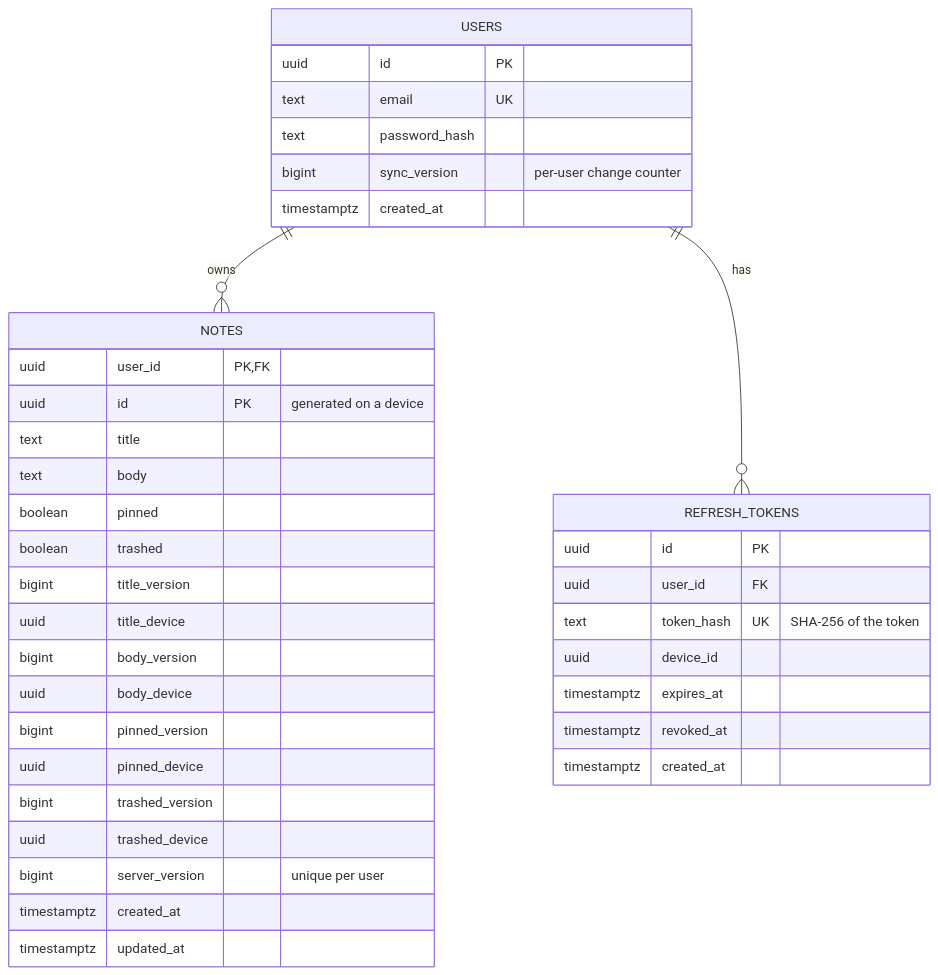
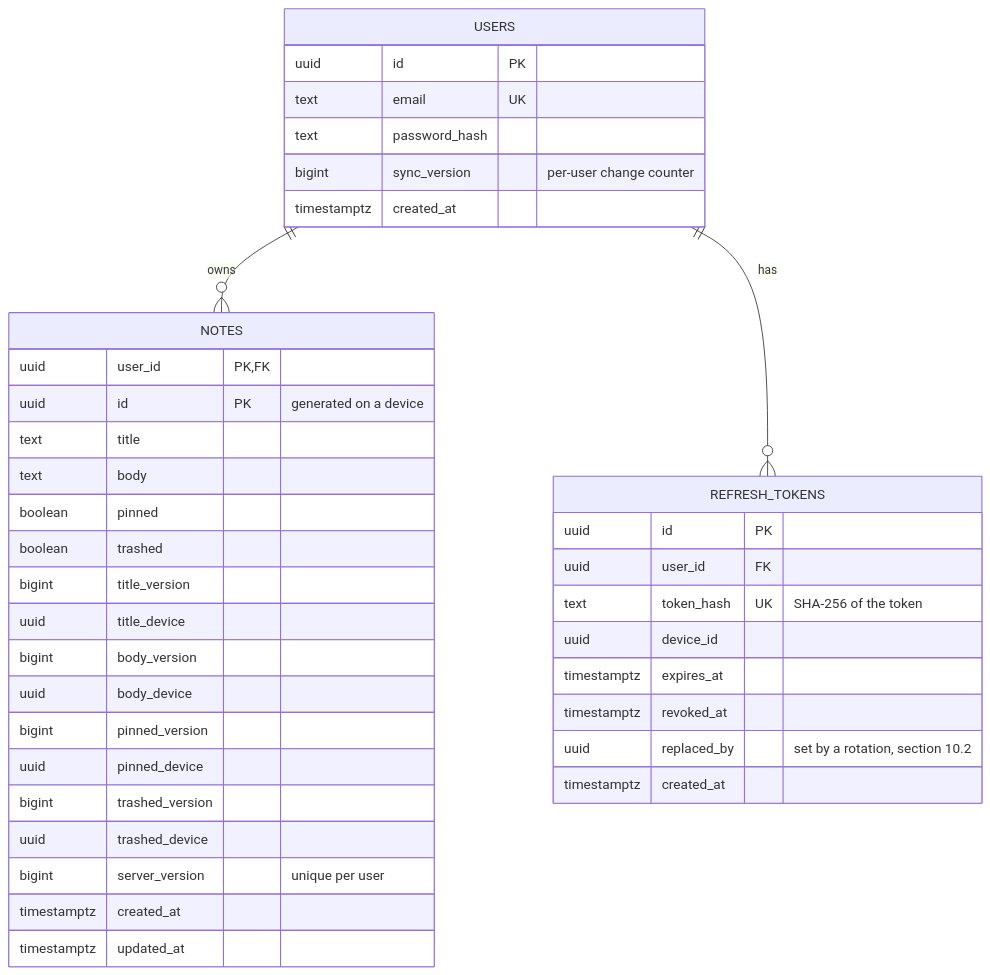
One commit to aceeejlrz/syncNotes changed the fourth of 10 diagrams in ARCHITECTURE.md. Above: the diagram before and after it, drawn with Mermaid. The commit also changed other lines of this file and 2 other files, not shown here.

````diff
--- a/ARCHITECTURE.md
+++ b/ARCHITECTURE.md
@@ -735,40 +735,41 @@
 ```mermaid
 erDiagram
     USERS ||--o{ NOTES : owns
     USERS ||--o{ REFRESH_TOKENS : has
     USERS {
         uuid id PK
         text email UK
         text password_hash
         bigint sync_version "per-user change counter"
         timestamptz created_at
     }
     NOTES {
         uuid user_id PK, FK
         uuid id PK "generated on a device"
         text title
         text body
         boolean pinned
         boolean trashed
         bigint title_version
         uuid title_device
         bigint body_version
         uuid body_device
         bigint pinned_version
         uuid pinned_device
         bigint trashed_version
         uuid trashed_device
         bigint server_version "unique per user"
         timestamptz created_at
         timestamptz updated_at
     }
     REFRESH_TOKENS {
         uuid id PK
         uuid user_id FK
         text token_hash UK "SHA-256 of the token"
         uuid device_id
         timestamptz expires_at
         timestamptz revoked_at
+        uuid replaced_by "set by a rotation, section 10.2"
         timestamptz created_at
     }
 ```
````
